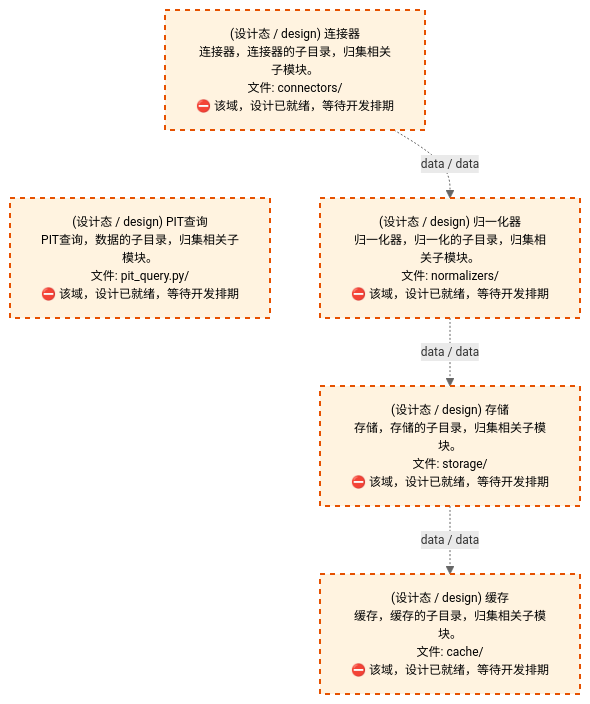
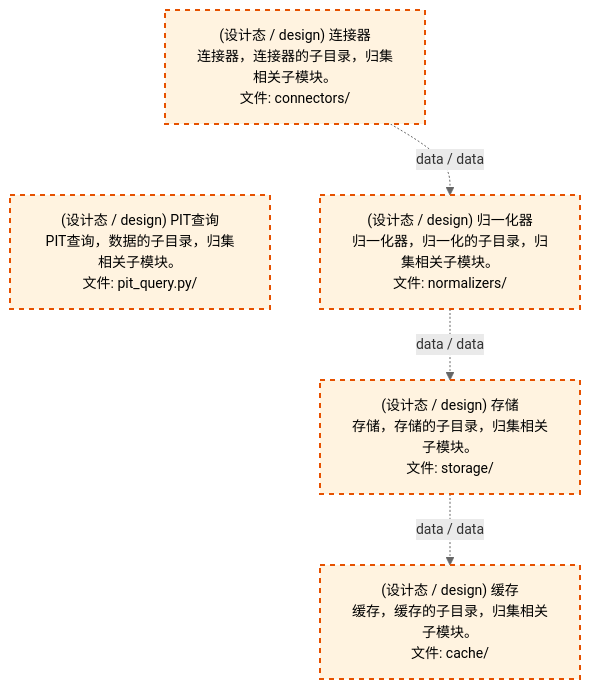
One commit to xuanFelixVan/ZephyrAlpha changed the third of 4 diagrams in docs/02_enterprise_architecture/02_domain_architecture_docs/11_d_data.md. Above: the diagram before and after it, drawn with Mermaid. The commit also changed other lines of this file and 61 other files, not shown here.

````diff
--- a/docs/02_enterprise_architecture/02_domain_architecture_docs/11_d_data.md
+++ b/docs/02_enterprise_architecture/02_domain_architecture_docs/11_d_data.md
@@ -1293,18 +1293,18 @@
 ```mermaid
-%%{init: {'theme': 'base', 'themeVariables': {'primaryColor': '#eaeaea', 'primaryTextColor': '#333333', 'primaryBorderColor': '#666666', 'lineColor': '#666666', 'secondaryColor': '#eaeaea', 'tertiaryColor': '#eaeaea', 'fontSize': '12px'}}}%%
+%%{init: {'theme': 'base', 'themeVariables': {'primaryColor': '#eaeaea', 'primaryTextColor': '#333333', 'primaryBorderColor': '#666666', 'lineColor': '#666666', 'secondaryColor': '#eaeaea', 'tertiaryColor': '#eaeaea', 'fontSize': '14px'}}}%%
 flowchart TD
-    src_zephyr_data_connectors["(设计态 / design) 连接器<br/>连接器，连接器的子目录，归集相关子模块。<br/>文件: connectors/<br/>⛔ 该域，设计已就绪，等待开发排期"]
-    src_zephyr_data_pit_query_py["(设计态 / design) PIT查询<br/>PIT查询，数据的子目录，归集相关子模块。<br/>文件: pit_query.py/<br/>⛔ 该域，设计已就绪，等待开发排期"]
+    src_zephyr_data_connectors["(设计态 / design) 连接器<br/>连接器，连接器的子目录，归集相关子模块。<br/>文件: connectors/"]
+    src_zephyr_data_pit_query_py["(设计态 / design) PIT查询<br/>PIT查询，数据的子目录，归集相关子模块。<br/>文件: pit_query.py/"]
     src_zephyr_data_connectors ~~~ src_zephyr_data_pit_query_py
-    src_zephyr_data_normalizers["(设计态 / design) 归一化器<br/>归一化器，归一化的子目录，归集相关子模块。<br/>文件: normalizers/<br/>⛔ 该域，设计已就绪，等待开发排期"]
-    src_zephyr_data_storage["(设计态 / design) 存储<br/>存储，存储的子目录，归集相关子模块。<br/>文件: storage/<br/>⛔ 该域，设计已就绪，等待开发排期"]
-    src_zephyr_data_cache["(设计态 / design) 缓存<br/>缓存，缓存的子目录，归集相关子模块。<br/>文件: cache/<br/>⛔ 该域，设计已就绪，等待开发排期"]
+    src_zephyr_data_normalizers["(设计态 / design) 归一化器<br/>归一化器，归一化的子目录，归集相关子模块。<br/>文件: normalizers/"]
+    src_zephyr_data_storage["(设计态 / design) 存储<br/>存储，存储的子目录，归集相关子模块。<br/>文件: storage/"]
+    src_zephyr_data_cache["(设计态 / design) 缓存<br/>缓存，缓存的子目录，归集相关子模块。<br/>文件: cache/"]
     src_zephyr_data_connectors -.->|data / data| src_zephyr_data_normalizers
     src_zephyr_data_normalizers -.->|data / data| src_zephyr_data_storage
     src_zephyr_data_storage -.->|data / data| src_zephyr_data_cache
     classDef production fill:#e1f5fe,stroke:#01579b,stroke-width:2px,color:#000
     classDef design fill:#fff3e0,stroke:#e65100,stroke-width:2px,color:#000,stroke-dasharray: 5 5
     classDef external_prod fill:#e8f4fd,stroke:#0277bd,stroke-width:1px,color:#000
     classDef external_design fill:#fff8e7,stroke:#ef6c00,stroke-width:1px,color:#000,stroke-dasharray: 5 5
     class src_zephyr_data_cache,src_zephyr_data_connectors,src_zephyr_data_normalizers,src_zephyr_data_pit_query_py,src_zephyr_data_storage design
 ```
````
